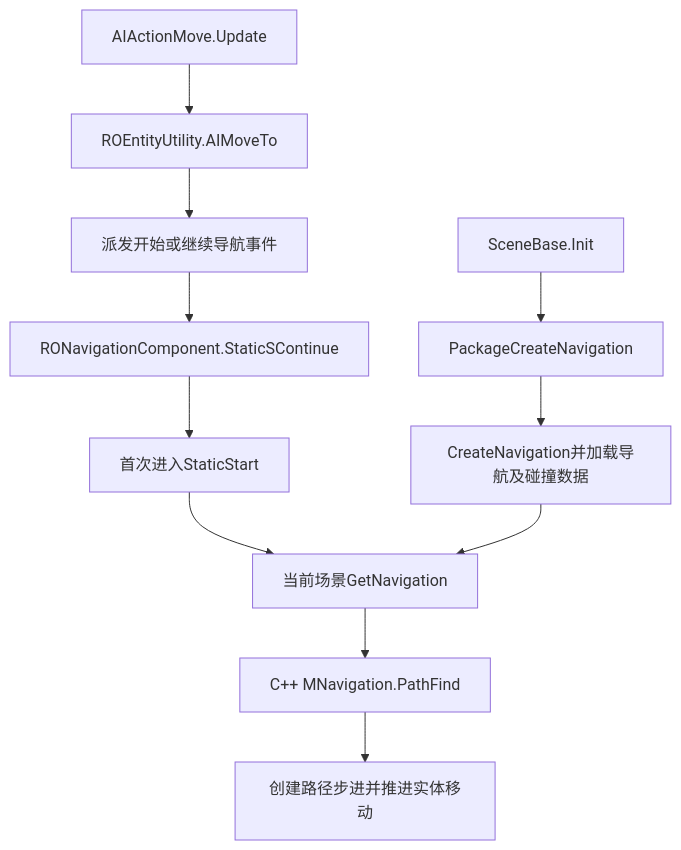
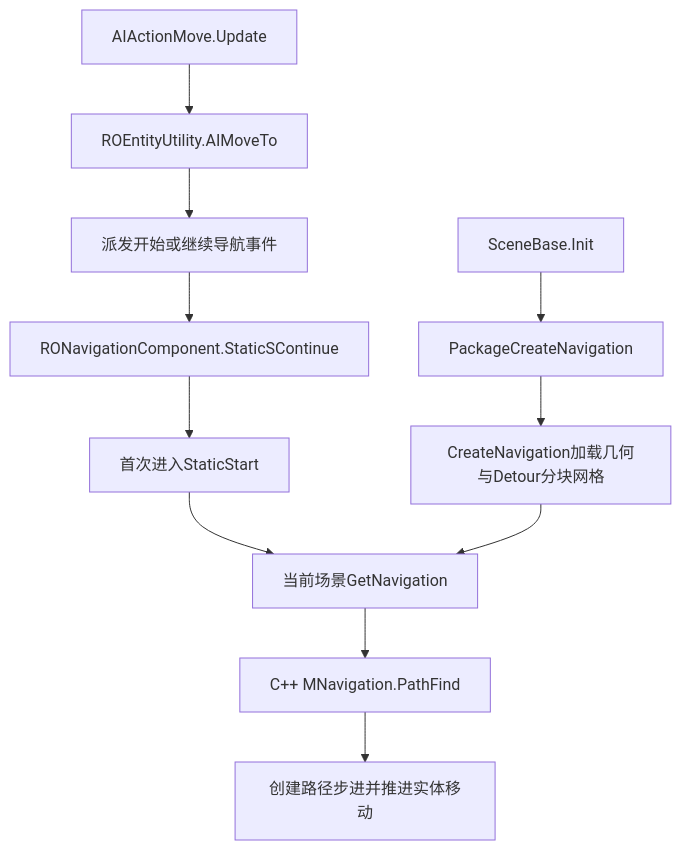
Before and after one commit to LiuXiaoBinger/MMORPG__TANMING: the second of 2 diagrams in 项目分析/RO_NAVIGATION_CLIENT_SERVER_SEARCH_COMPARISON.md, drawn with Mermaid. The commit also changed other lines of this file and 4 other files, not shown here.

````diff
--- a/项目分析/RO_NAVIGATION_CLIENT_SERVER_SEARCH_COMPARISON.md
+++ b/项目分析/RO_NAVIGATION_CLIENT_SERVER_SEARCH_COMPARISON.md
@@ -40,13 +40,13 @@
 ```mermaid
 flowchart TD
     A[AIActionMove.Update] --> B[ROEntityUtility.AIMoveTo]
     B --> C[派发开始或继续导航事件]
     C --> D[RONavigationComponent.StaticSContinue]
     D --> E[首次进入StaticStart]
     E --> F[当前场景GetNavigation]
     F --> G[C++ MNavigation.PathFind]
     G --> H[创建路径步进并推进实体移动]
     I[SceneBase.Init] --> J[PackageCreateNavigation]
-    J --> K[CreateNavigation并加载导航及碰撞数据]
+    J --> K[CreateNavigation加载几何与Detour分块网格]
     K --> F
 ```
````
